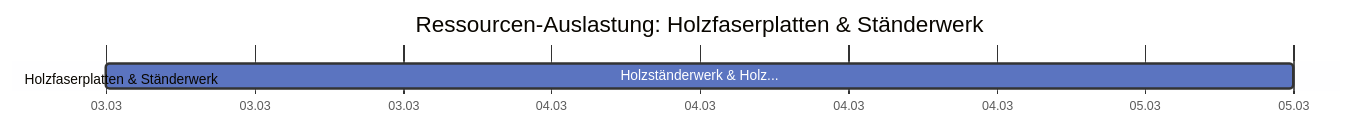
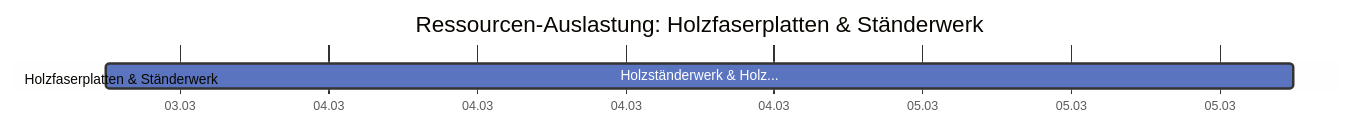
One commit to mistamichael/sproject changed the fourth of 9 diagrams in tests/golden/fassadenbau.md. Above: the diagram before and after it, drawn with Mermaid. The commit also changed other lines of this file and 34 other files, not shown here.

````diff
--- a/tests/golden/fassadenbau.md
+++ b/tests/golden/fassadenbau.md
@@ -142,12 +142,12 @@
 ```mermaid
 %%{init: {'theme': 'base', 'themeVariables': {'taskBkgColor': '#5B74C0', 'taskBorderColor': '#333', 'taskTextColor': '#fff'}}}%%
 gantt
     title Ressourcen-Auslastung: Holzfaserplatten & Ständerwerk
     dateFormat  YYYY-MM-DD HH:mm
     axisFormat  %d.%m
     excludes    weekends, 2026-01-01, 2026-01-06, 2026-04-03, 2026-04-06, 2026-05-01, 2026-05-14, 2026-05-25, 2026-06-04, 2026-08-15, 2026-10-03, 2026-11-01, 2026-12-25, 2026-12-26
 
     section Holzfaserplatten & Ständerwerk
 
-    Holzständerwerk & Holz...   :t0, 2026-03-03 06:00, 2026-03-05 06:00
+    Holzständerwerk & Holz...   :t0, 2026-03-03 15:00, 2026-03-05 15:00
 ```
````
